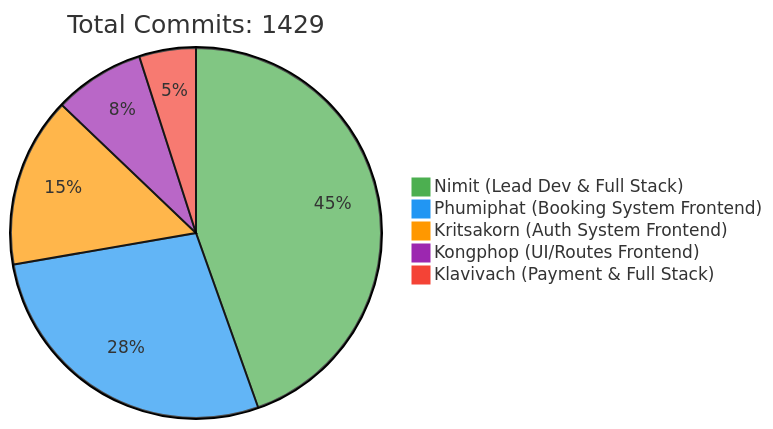
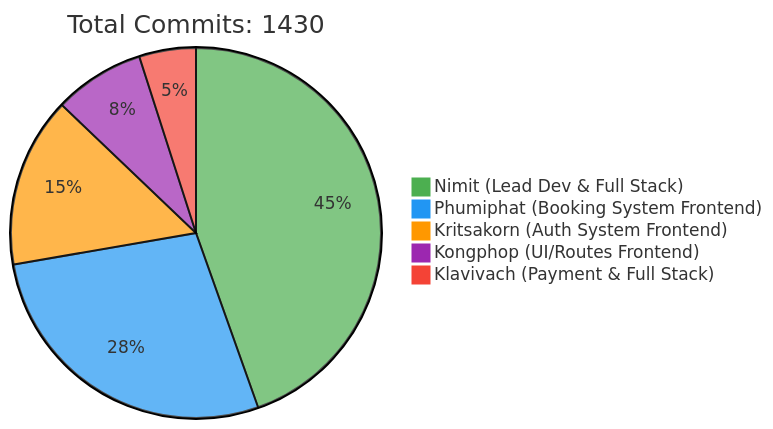
Before and after one commit to 6531503042/Sport-Complex: the first of 2 diagrams in README.md, drawn with Mermaid. The commit also changed other lines of this file, not shown here.

Commit message:
docs: Update contributor statistics [skip ci]

````diff
--- a/README.md
+++ b/README.md
@@ -257,10 +257,10 @@
 ```mermaid
 %%{init: {'theme': 'base', 'themeVariables': { 'pie1': '#4CAF50', 'pie2': '#2196F3', 'pie3': '#FF9800', 'pie4': '#9C27B0', 'pie5': '#F44336'}}}%%
 pie
-    title Total Commits: 1429
+    title Total Commits: 1430
     "Nimit (Lead Dev & Full Stack)" : 450
     "Phumiphat (Booking System Frontend)" : 280
     "Kritsakorn (Auth System Frontend)" : 150
     "Kongphop (UI/Routes Frontend)" : 80
     "Klavivach (Payment & Full Stack)" : 50
 ```
````
